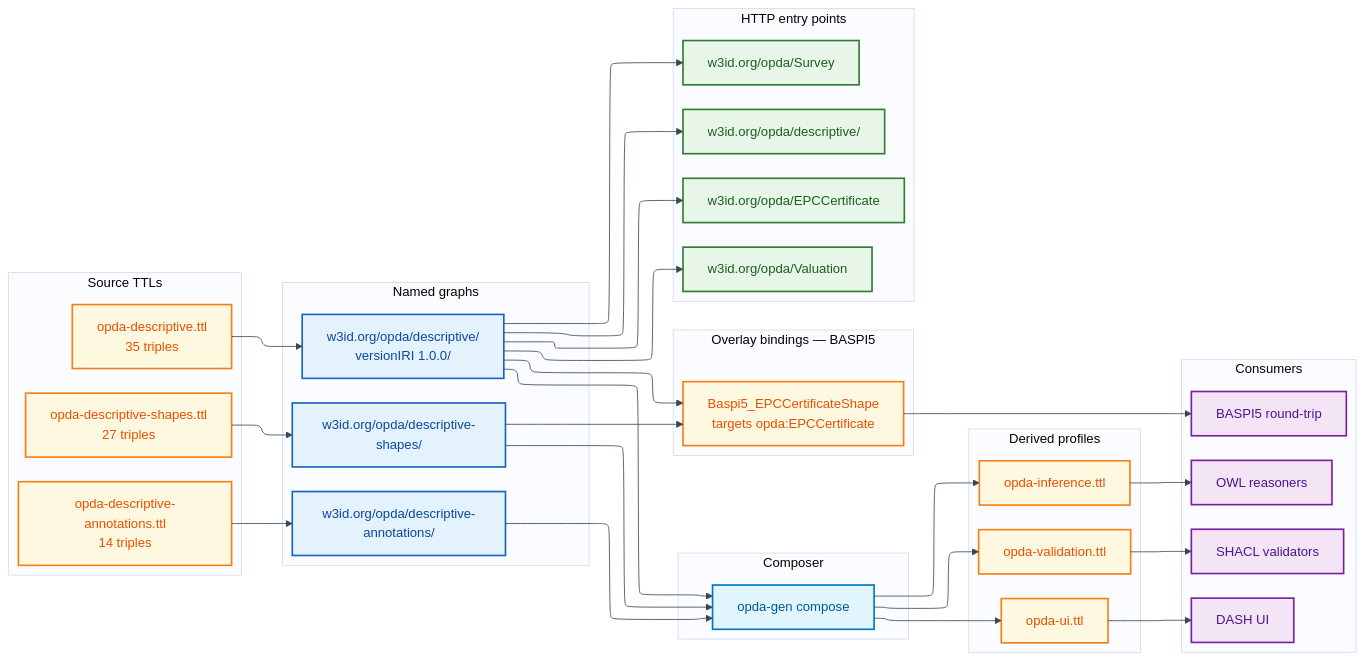
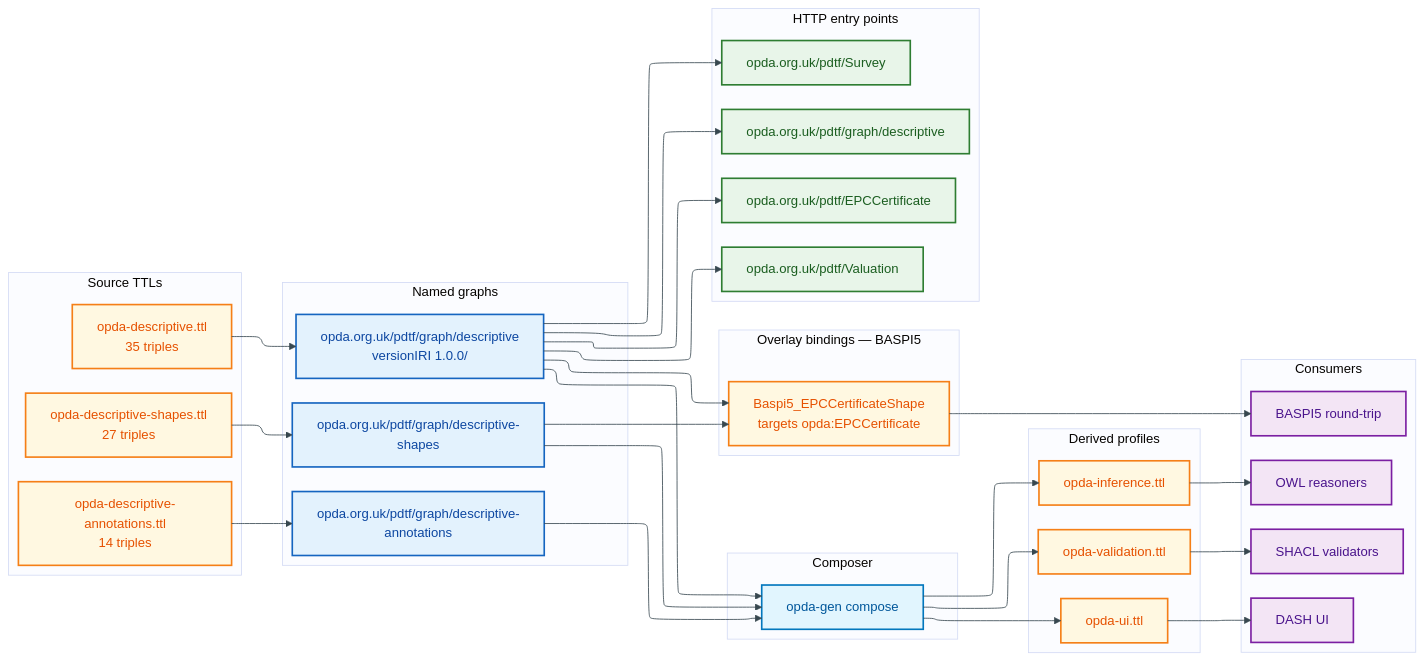
The diagram in docs/manual/physical-database/modules/descriptive.md (sparkling/opda), drawn with Mermaid before and after one commit. The commit also changed other lines of this file and 98 other files, not shown here.

First line of the commit message:
docs: migrate live IRI references to opda.org.uk/pdtf scheme (swarm)

```diff
--- a/docs/manual/physical-database/modules/descriptive.md
+++ b/docs/manual/physical-database/modules/descriptive.md
@@ -94,9 +94,9 @@
     end
 
     subgraph NG["Named graphs"]
-        NGT["w3id.org/opda/descriptive/<br/>versionIRI 1.0.0/"]:::infra
-        NGS["w3id.org/opda/descriptive-shapes/"]:::infra
-        NGA["w3id.org/opda/descriptive-annotations/"]:::infra
+        NGT["opda.org.uk/pdtf/graph/descriptive<br/>versionIRI 1.0.0/"]:::infra
+        NGS["opda.org.uk/pdtf/graph/descriptive-shapes"]:::infra
+        NGA["opda.org.uk/pdtf/graph/descriptive-annotations"]:::infra
     end
 
     subgraph CMP["Composer"]
@@ -114,10 +114,10 @@
     end
 
     subgraph HTTP["HTTP entry points"]
-        H1["w3id.org/opda/descriptive/"]:::service
-        H2["w3id.org/opda/EPCCertificate"]:::service
-        H3["w3id.org/opda/Survey"]:::service
-        H4["w3id.org/opda/Valuation"]:::service
+        H1["opda.org.uk/pdtf/graph/descriptive"]:::service
+        H2["opda.org.uk/pdtf/EPCCertificate"]:::service
+        H3["opda.org.uk/pdtf/Survey"]:::service
+        H4["opda.org.uk/pdtf/Valuation"]:::service
     end
 
     subgraph CONS["Consumers"]
```
